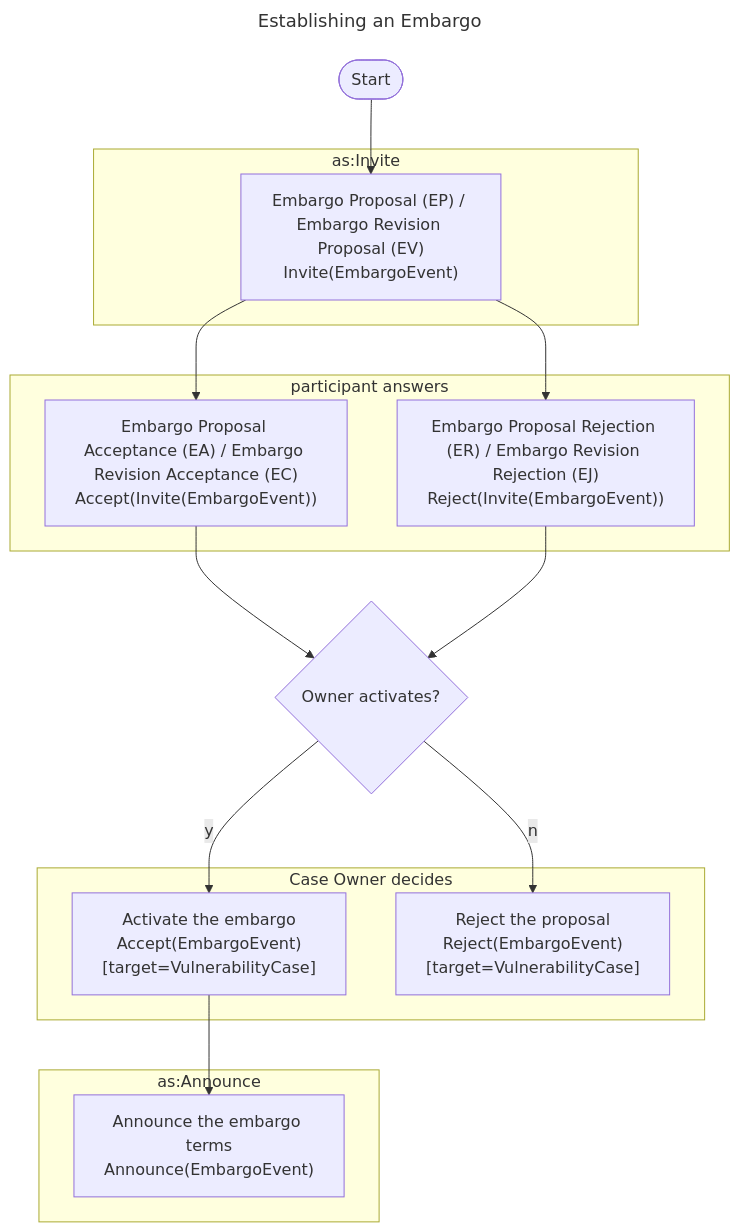
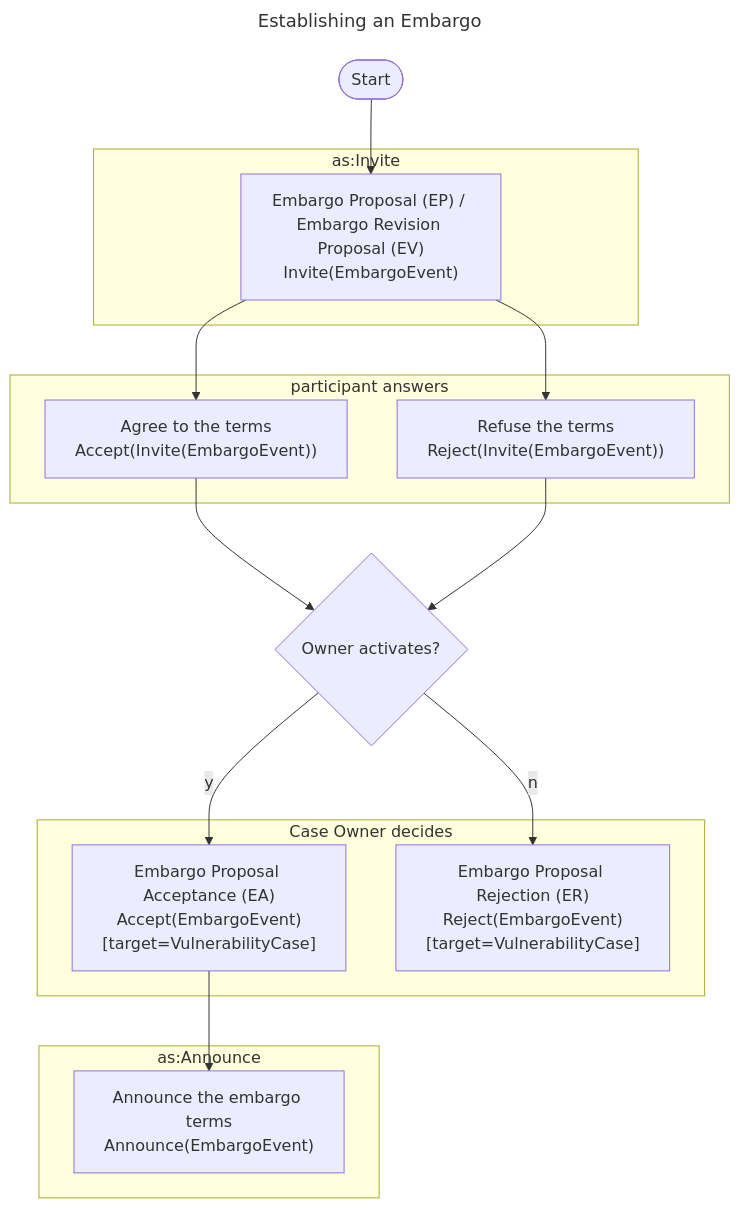
Before and after one commit to CERTCC/Vultron: the diagram in docs/howto/activitypub/activities/establish_embargo.md, drawn with Mermaid. The commit also changed other lines of this file and 42 other files, not shown here.

First line of the commit message:
feat(msm): tag the Case Owner's embargo decision with EA, EC, ER and EJ

````diff
--- a/docs/howto/activitypub/activities/establish_embargo.md
+++ b/docs/howto/activitypub/activities/establish_embargo.md
@@ -41,28 +41,28 @@
 ```mermaid
 ---
 title: Establishing an Embargo
 ---
 flowchart TB
     subgraph as:Invite
         EmProposeEmbargo["Embargo Proposal (EP) / Embargo Revision Proposal (EV)<br/>Invite(EmbargoEvent)"]
     end
     subgraph participant answers
-        EmAcceptEmbargo["Embargo Proposal Acceptance (EA) / Embargo Revision Acceptance (EC)<br/>Accept(Invite(EmbargoEvent))"]
-        EmRejectEmbargo["Embargo Proposal Rejection (ER) / Embargo Revision Rejection (EJ)<br/>Reject(Invite(EmbargoEvent))"]
+        EmAcceptEmbargo["Agree to the terms<br/>Accept(Invite(EmbargoEvent))"]
+        EmRejectEmbargo["Refuse the terms<br/>Reject(Invite(EmbargoEvent))"]
     end
     subgraph Case Owner decides
-        ActivateEmbargo["Activate the embargo<br/>Accept(EmbargoEvent)[target=VulnerabilityCase]"]
-        RejectEmbargoProposal["Reject the proposal<br/>Reject(EmbargoEvent)[target=VulnerabilityCase]"]
+        ActivateEmbargo["Embargo Proposal Acceptance (EA)<br/>Accept(EmbargoEvent)[target=VulnerabilityCase]"]
+        RejectEmbargoProposal["Embargo Proposal Rejection (ER)<br/>Reject(EmbargoEvent)[target=VulnerabilityCase]"]
     end
     subgraph as:Announce
         AnnounceEmbargo["Announce the embargo terms<br/>Announce(EmbargoEvent)"]
     end
     start([Start]) --> EmProposeEmbargo
     EmProposeEmbargo --> EmAcceptEmbargo
     EmProposeEmbargo --> EmRejectEmbargo
     EmAcceptEmbargo --> d{Owner activates?}
     EmRejectEmbargo --> d
     d -->|y| ActivateEmbargo
     d -->|n| RejectEmbargoProposal
     ActivateEmbargo --> AnnounceEmbargo
 ```
````
